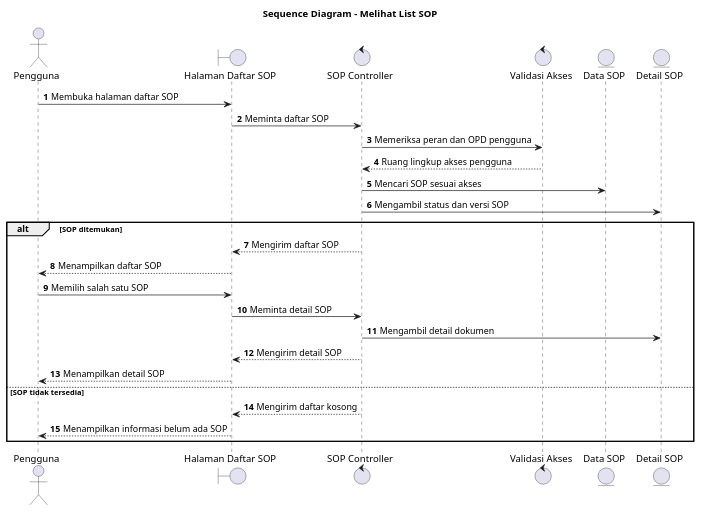
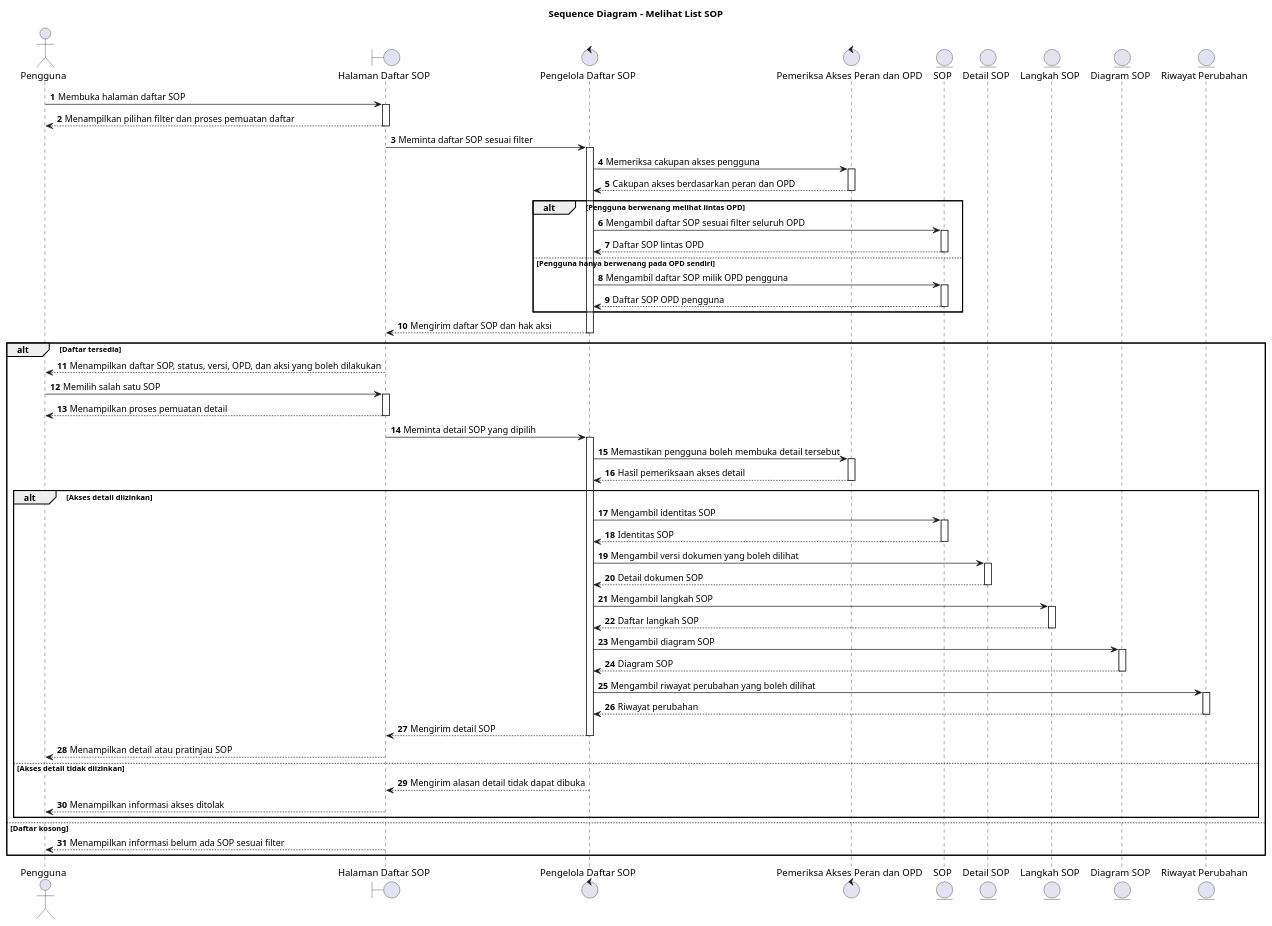
Before and after one commit to howlil/sop-generate-app: the diagram in docs/sequence/lampiran/seluruh-pengguna-melihat-list-sop.md, drawn with PlantUML. The commit also changed other lines of this file and 90 other files, not shown here.

````diff
--- a/docs/sequence/lampiran/seluruh-pengguna-melihat-list-sop.md
+++ b/docs/sequence/lampiran/seluruh-pengguna-melihat-list-sop.md
@@ -16,34 +16,59 @@
 ```plantuml
 @startuml
 title Sequence Diagram - Melihat List SOP
 autonumber
+autoactivate on
 
-actor "Pengguna" as Aktor
-boundary "Halaman Daftar SOP" as UI
-control "SOP Controller" as SOPCtrl
-control "Validasi Akses" as Akses
-entity "Data SOP" as SOP
-entity "Detail SOP" as Detail
+actor "Pengguna" as A
+boundary "Halaman Daftar SOP" as B
+control "Pengelola Daftar SOP" as C
+control "Pemeriksa Akses Peran dan OPD" as D
+entity "SOP" as SOP
+entity "Detail SOP" as DetailSOP
+entity "Langkah SOP" as LangkahSOP
+entity "Diagram SOP" as DiagramSOP
+entity "Riwayat Perubahan" as Riwayat
 
-Aktor -> UI : Membuka halaman daftar SOP
-UI -> SOPCtrl : Meminta daftar SOP
-SOPCtrl -> Akses : Memeriksa peran dan OPD pengguna
-Akses --> SOPCtrl : Ruang lingkup akses pengguna
-SOPCtrl -> SOP : Mencari SOP sesuai akses
-SOPCtrl -> Detail : Mengambil status dan versi SOP
-
-alt SOP ditemukan
-  SOPCtrl --> UI : Mengirim daftar SOP
-  UI --> Aktor : Menampilkan daftar SOP
-  Aktor -> UI : Memilih salah satu SOP
-  UI -> SOPCtrl : Meminta detail SOP
-  SOPCtrl -> Detail : Mengambil detail dokumen
-  SOPCtrl --> UI : Mengirim detail SOP
-  UI --> Aktor : Menampilkan detail SOP
-else SOP tidak tersedia
-  SOPCtrl --> UI : Mengirim daftar kosong
-  UI --> Aktor : Menampilkan informasi belum ada SOP
+A -> B : Membuka halaman daftar SOP
+B --> A : Menampilkan pilihan filter dan proses pemuatan daftar
+B -> C : Meminta daftar SOP sesuai filter
+C -> D : Memeriksa cakupan akses pengguna
+D --> C : Cakupan akses berdasarkan peran dan OPD
+alt Pengguna berwenang melihat lintas OPD
+  C -> SOP : Mengambil daftar SOP sesuai filter seluruh OPD
+  SOP --> C : Daftar SOP lintas OPD
+else Pengguna hanya berwenang pada OPD sendiri
+  C -> SOP : Mengambil daftar SOP milik OPD pengguna
+  SOP --> C : Daftar SOP OPD pengguna
+end
+C --> B : Mengirim daftar SOP dan hak aksi
+alt Daftar tersedia
+  B --> A : Menampilkan daftar SOP, status, versi, OPD, dan aksi yang boleh dilakukan
+  A -> B : Memilih salah satu SOP
+  B --> A : Menampilkan proses pemuatan detail
+  B -> C : Meminta detail SOP yang dipilih
+  C -> D : Memastikan pengguna boleh membuka detail tersebut
+  D --> C : Hasil pemeriksaan akses detail
+  alt Akses detail diizinkan
+    C -> SOP : Mengambil identitas SOP
+    SOP --> C : Identitas SOP
+    C -> DetailSOP : Mengambil versi dokumen yang boleh dilihat
+    DetailSOP --> C : Detail dokumen SOP
+    C -> LangkahSOP : Mengambil langkah SOP
+    LangkahSOP --> C : Daftar langkah SOP
+    C -> DiagramSOP : Mengambil diagram SOP
+    DiagramSOP --> C : Diagram SOP
+    C -> Riwayat : Mengambil riwayat perubahan yang boleh dilihat
+    Riwayat --> C : Riwayat perubahan
+    C --> B : Mengirim detail SOP
+    B --> A : Menampilkan detail atau pratinjau SOP
+  else Akses detail tidak diizinkan
+    C --> B : Mengirim alasan detail tidak dapat dibuka
+    B --> A : Menampilkan informasi akses ditolak
+  end
+else Daftar kosong
+  B --> A : Menampilkan informasi belum ada SOP sesuai filter
 end
 
 @enduml
 ```
````
